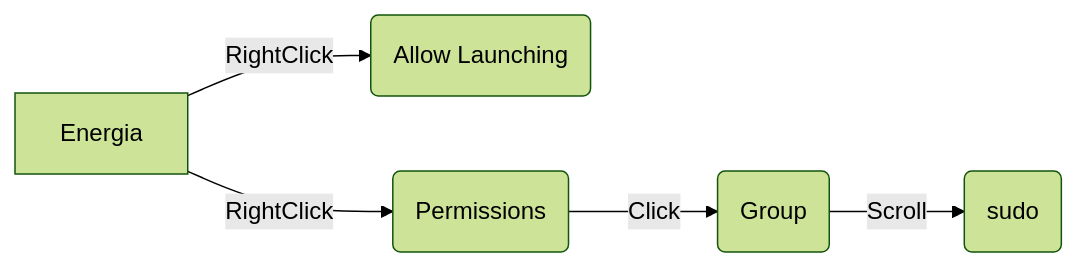
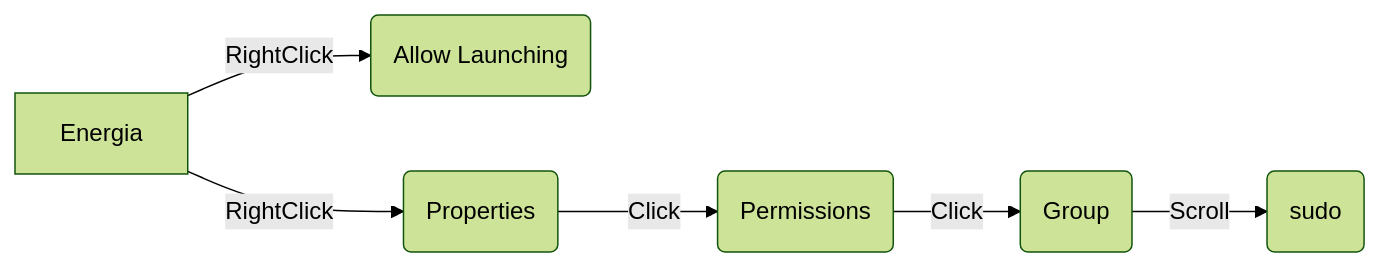
One commit to JS-CTRL/Images changed the diagram in README.md. Above: the diagram before and after it, drawn with Mermaid (forest theme). The commit also changed other lines of this file, not shown here.

````diff
--- a/README.md
+++ b/README.md
@@ -205,9 +247,10 @@
 ```mermaid
 graph LR
 
-A[Energia] -- RightClick --> E(Allow Launching)
-A[Energia] -- RightClick --> B(Permissions)
-B -- Click --> C(Group)
-C -- Scroll --> D(sudo)
+A[Energia] -- RightClick --> F(Allow Launching)
+A[Energia] -- RightClick --> B(Properties)
+B -- Click --> C(Permissions)
+C -- Click --> D(Group)
+D -- Scroll --> E(sudo)
 
 ```
````
